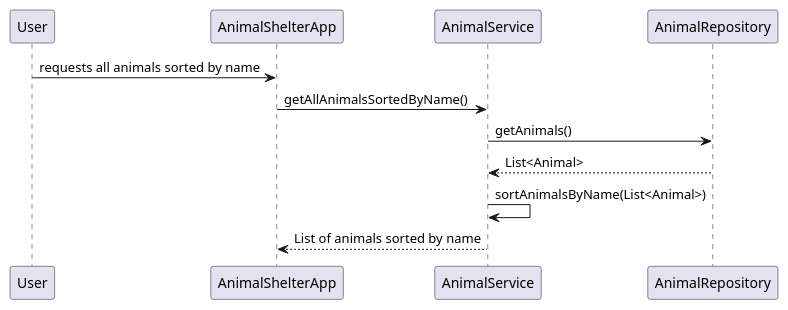
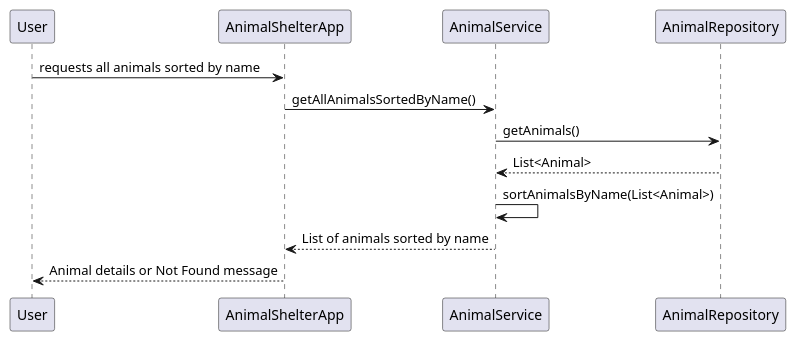
The diagram in src/main/java/analysis/sequense_sortedByName.puml (9elmaz9/AnimalShelterTest), drawn with PlantUML before and after one commit. The commit also changed 14 other files, not shown here.

```diff
--- a/src/main/java/analysis/sequense_sortedByName.puml
+++ b/src/main/java/analysis/sequense_sortedByName.puml
@@ -1,10 +1,11 @@
 @startuml
 
 User -> AnimalShelterApp : requests all animals sorted by name
 AnimalShelterApp -> AnimalService : getAllAnimalsSortedByName()
 AnimalService -> AnimalRepository : getAnimals()
 AnimalService <-- AnimalRepository : List<Animal>
 AnimalService -> AnimalService : sortAnimalsByName(List<Animal>)
 AnimalShelterApp <-- AnimalService : List of animals sorted by name
+User <-- AnimalShelterApp : Animal details or Not Found message
 
 @enduml
```
